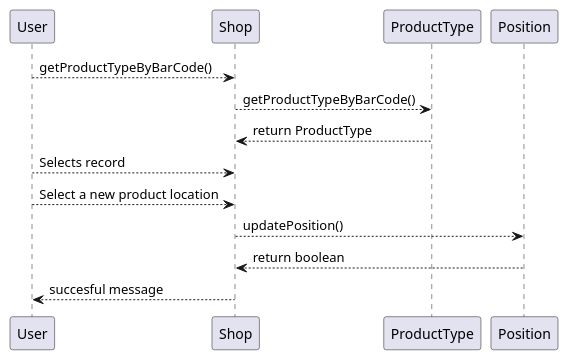
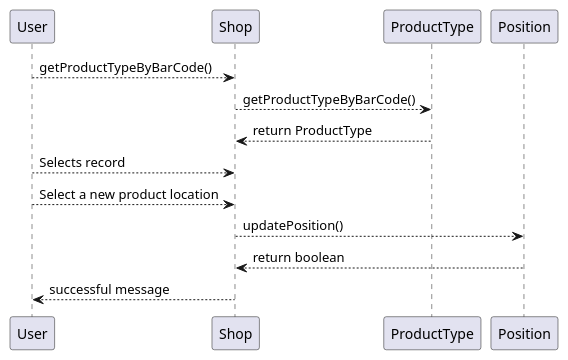
The fifth of 22 diagrams in Deliverables/DesignDocument.md (Stormz4/group20-EzShop), drawn with PlantUML before and after one commit. The commit also changed other lines of this file, not shown here.

Commit message:
Doc: Added first version of seq diagram UCs2,8,10; Added fields in matrix

````diff
--- a/Deliverables/DesignDocument.md
+++ b/Deliverables/DesignDocument.md
@@ -324,13 +326,13 @@
 ```plantuml
 @startuml
 User --> Shop: getProductTypeByBarCode()
 Shop --> ProductType: getProductTypeByBarCode()
 ProductType --> Shop: return ProductType
 
 User --> Shop: Selects record
 User --> Shop: Select a new product location
 Shop --> Position: updatePosition()
 Position --> Shop : return boolean
-Shop --> User : succesful message
+Shop --> User : successful message
 @enduml
 ```
````
